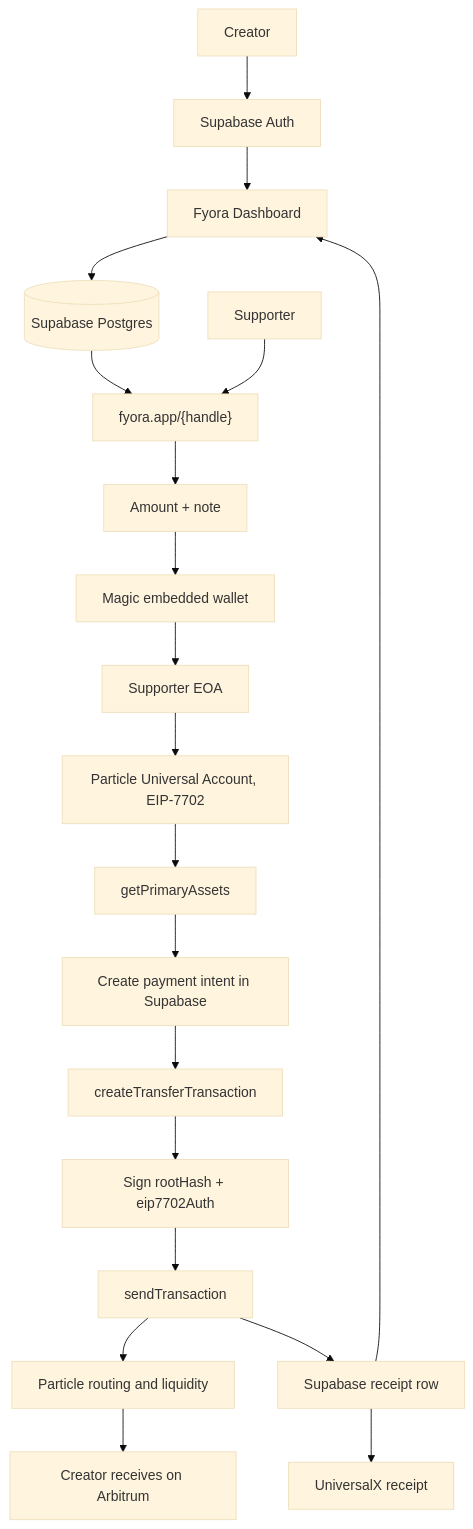
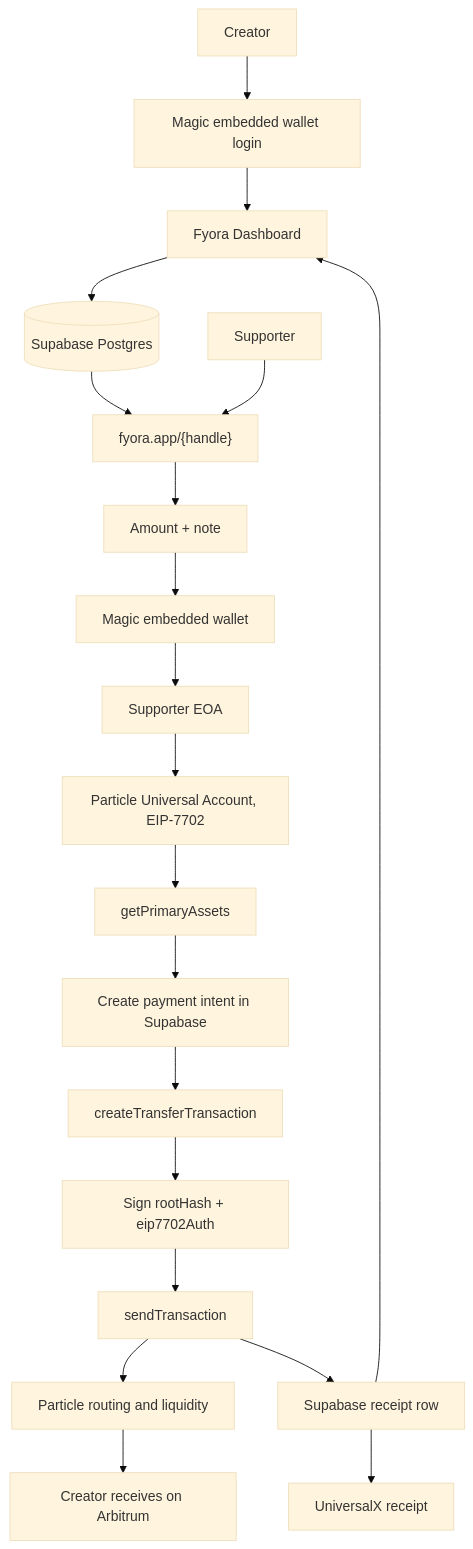
The diagram in FYORA_PRD.md (NikhilRaikwar/Fyora), drawn with Mermaid (base theme) before and after one commit. The commit also changed other lines of this file, not shown here.

Commit message:
docs: make Fyora auth Magic-first

````diff
--- a/FYORA_PRD.md
+++ b/FYORA_PRD.md
@@ -185,23 +193,23 @@
 ```mermaid
 flowchart TD
-    Creator["Creator"] --> Auth["Supabase Auth"]
+    Creator["Creator"] --> Auth["Magic embedded wallet login"]
     Auth --> Dashboard["Fyora Dashboard"]
     Dashboard --> DB[("Supabase Postgres")]
     DB --> PublicPage["fyora.app/{handle}"]
 
     Supporter["Supporter"] --> PublicPage
     PublicPage --> Amount["Amount + note"]
     Amount --> Magic["Magic embedded wallet"]
     Magic --> EOA["Supporter EOA"]
     EOA --> UA["Particle Universal Account, EIP-7702"]
     UA --> Balance["getPrimaryAssets"]
     Balance --> Intent["Create payment intent in Supabase"]
     Intent --> Transfer["createTransferTransaction"]
     Transfer --> Sign["Sign rootHash + eip7702Auth"]
     Sign --> Send["sendTransaction"]
     Send --> Particle["Particle routing and liquidity"]
     Particle --> Arbitrum["Creator receives on Arbitrum"]
     Send --> ReceiptDB["Supabase receipt row"]
     ReceiptDB --> Receipt["UniversalX receipt"]
     ReceiptDB --> Dashboard
 ```
````
